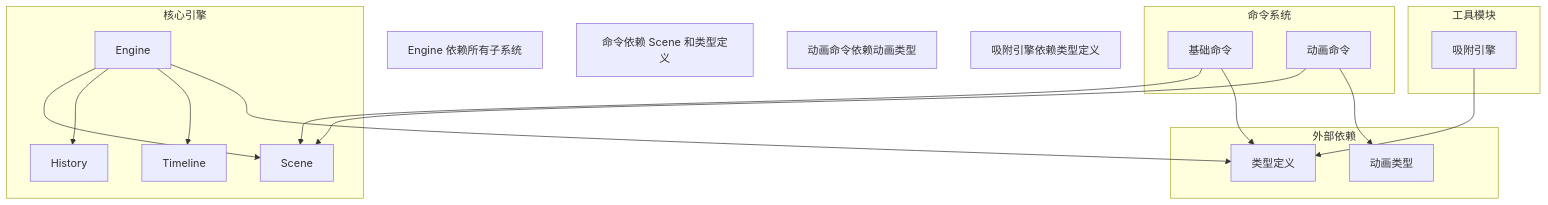
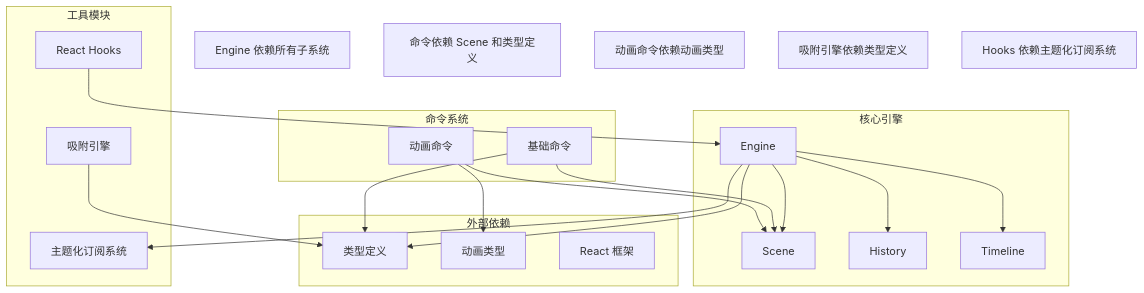
Before and after one commit to Anna0314zy/ai_editor_enginer: diagram 18 of 18 in .qoder/repowiki/zh/content/引擎系统/核心引擎.md, drawn with Mermaid. The commit also changed other lines of this file and 25 other files, not shown here.

````diff
--- a/.qoder/repowiki/zh/content/引擎系统/核心引擎.md
+++ b/.qoder/repowiki/zh/content/引擎系统/核心引擎.md
@@ -560,33 +719,39 @@
 ```mermaid
 graph TB
 subgraph "外部依赖"
 Types[类型定义]
 AnimationTypes[动画类型]
+React[React 框架]
 end
 subgraph "核心引擎"
 Engine[Engine]
 Scene[Scene]
 History[History]
 Timeline[Timeline]
 end
 subgraph "命令系统"
 Commands[基础命令]
 AnimationCommands[动画命令]
 end
 subgraph "工具模块"
 SnapEngine[吸附引擎]
+Hooks[React Hooks]
+TopicSystem[主题化订阅系统]
 end
 Engine --> Scene
 Engine --> History
 Engine --> Timeline
 Engine --> Types
+Engine --> TopicSystem
 Commands --> Scene
 Commands --> Types
 AnimationCommands --> Scene
 AnimationCommands --> AnimationTypes
 SnapEngine --> Types
+Hooks --> Engine
 note1["Engine 依赖所有子系统"]
 note2["命令依赖 Scene 和类型定义"]
 note3["动画命令依赖动画类型"]
 note4["吸附引擎依赖类型定义"]
+note5["Hooks 依赖主题化订阅系统"]
 ```
````
